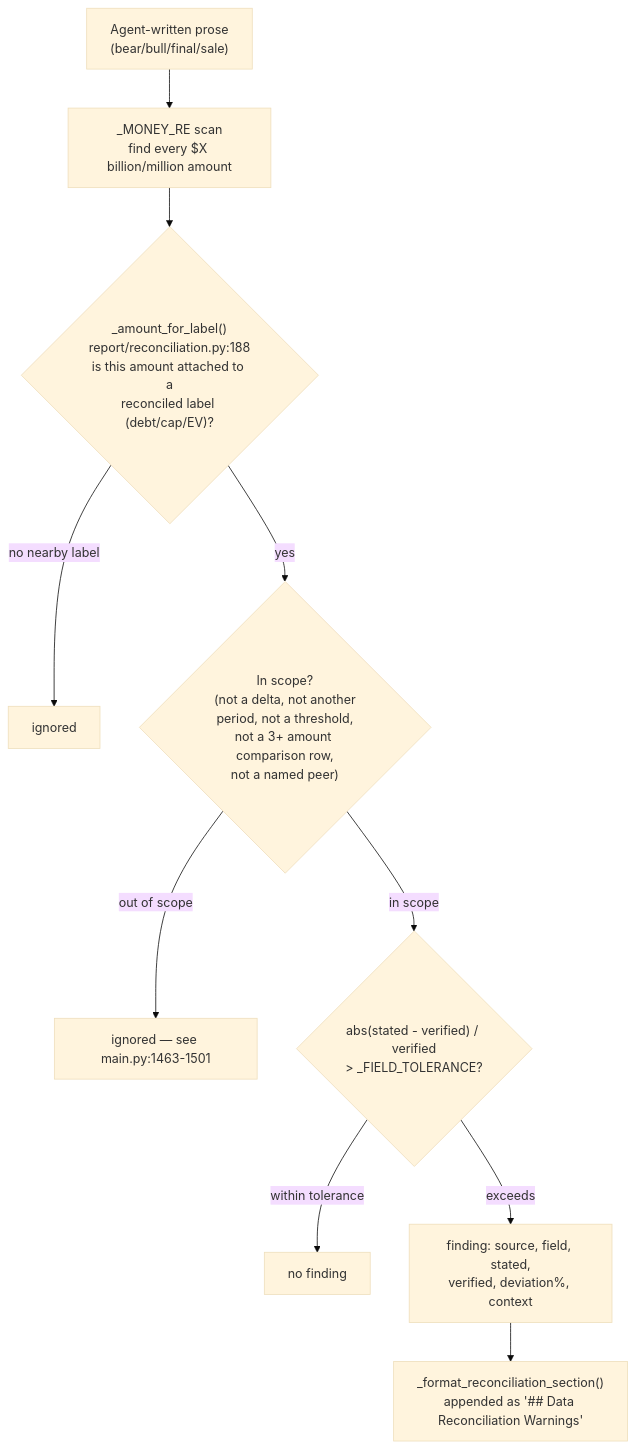
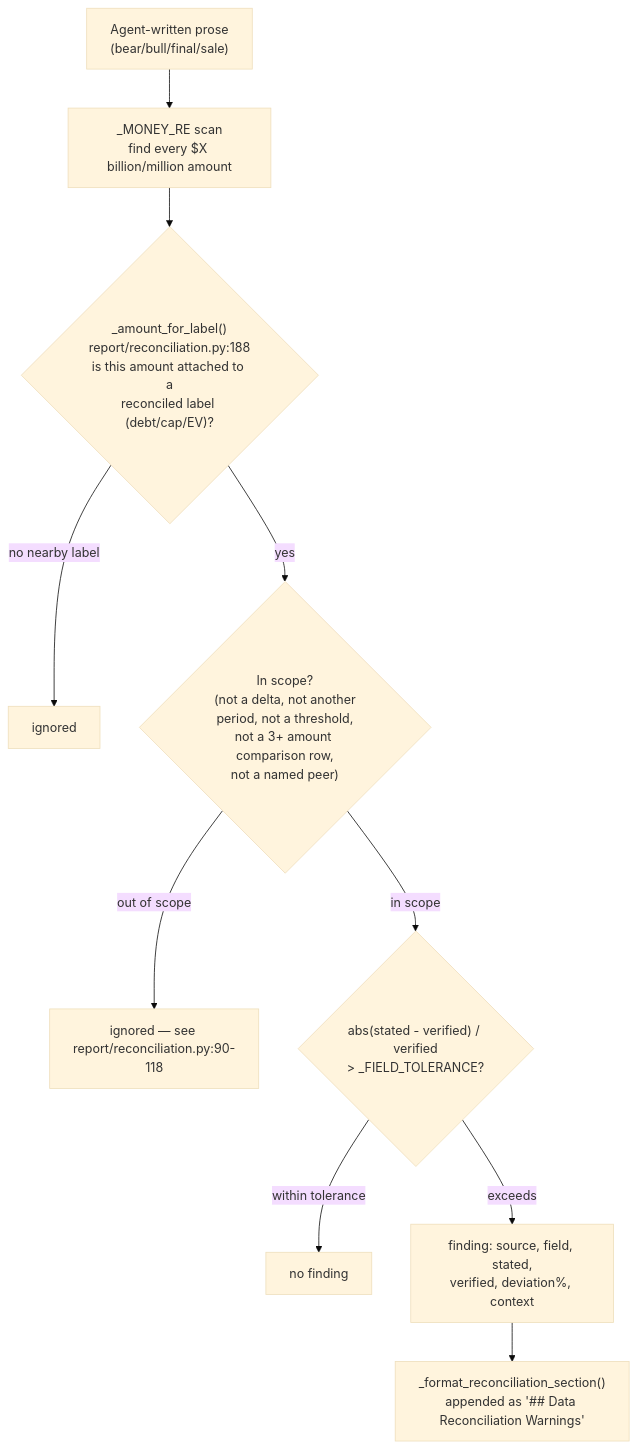
One commit to sun4github/magic-stock-picker changed the first of 3 diagrams in docs/05-guardrails-cost-and-reuse.md. Above: the diagram before and after it, drawn with Mermaid (base theme). The commit also changed other lines of this file and 9 other files, not shown here.

First line of the commit message:
Add an architecture doc, and make every line reference true

````diff
--- a/docs/05-guardrails-cost-and-reuse.md
+++ b/docs/05-guardrails-cost-and-reuse.md
@@ -99,12 +99,12 @@
 ```mermaid
 flowchart TD
     Text["Agent-written prose\n(bear/bull/final/sale)"] --> Money["_MONEY_RE scan\nfind every $X billion/million amount"]
     Money --> Label{"_amount_for_label()\nreport/reconciliation.py:188\nis this amount attached to a\nreconciled label (debt/cap/EV)?"}
     Label -->|no nearby label| Skip1[ignored]
     Label -->|yes| Scope{"In scope?\n(not a delta, not another\nperiod, not a threshold,\nnot a 3+ amount comparison row,\nnot a named peer)"}
-    Scope -->|out of scope| Skip2[ignored — see main.py:1463-1501]
+    Scope -->|out of scope| Skip2[ignored — see report/reconciliation.py:90-118]
     Scope -->|in scope| Tolerance{"abs(stated - verified) / verified\n> _FIELD_TOLERANCE?"}
     Tolerance -->|within tolerance| Pass[no finding]
     Tolerance -->|exceeds| Finding["finding: source, field, stated,\nverified, deviation%, context"]
     Finding --> Report["_format_reconciliation_section()\nappended as '## Data Reconciliation Warnings'"]
 ```
````
